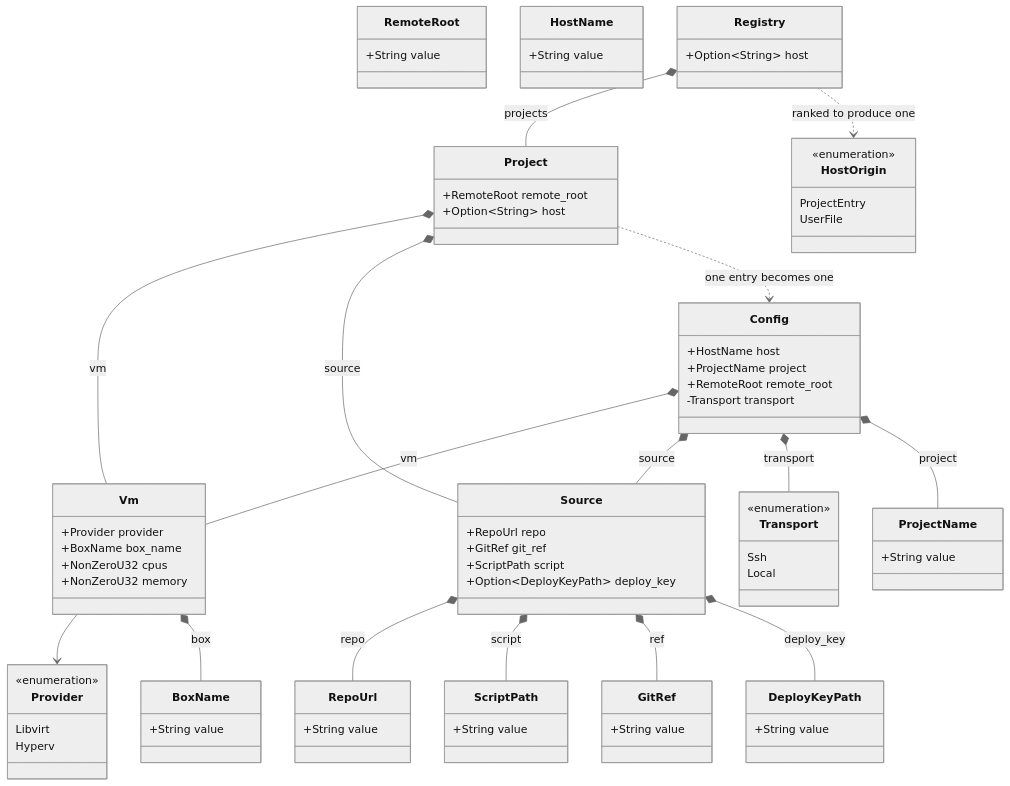
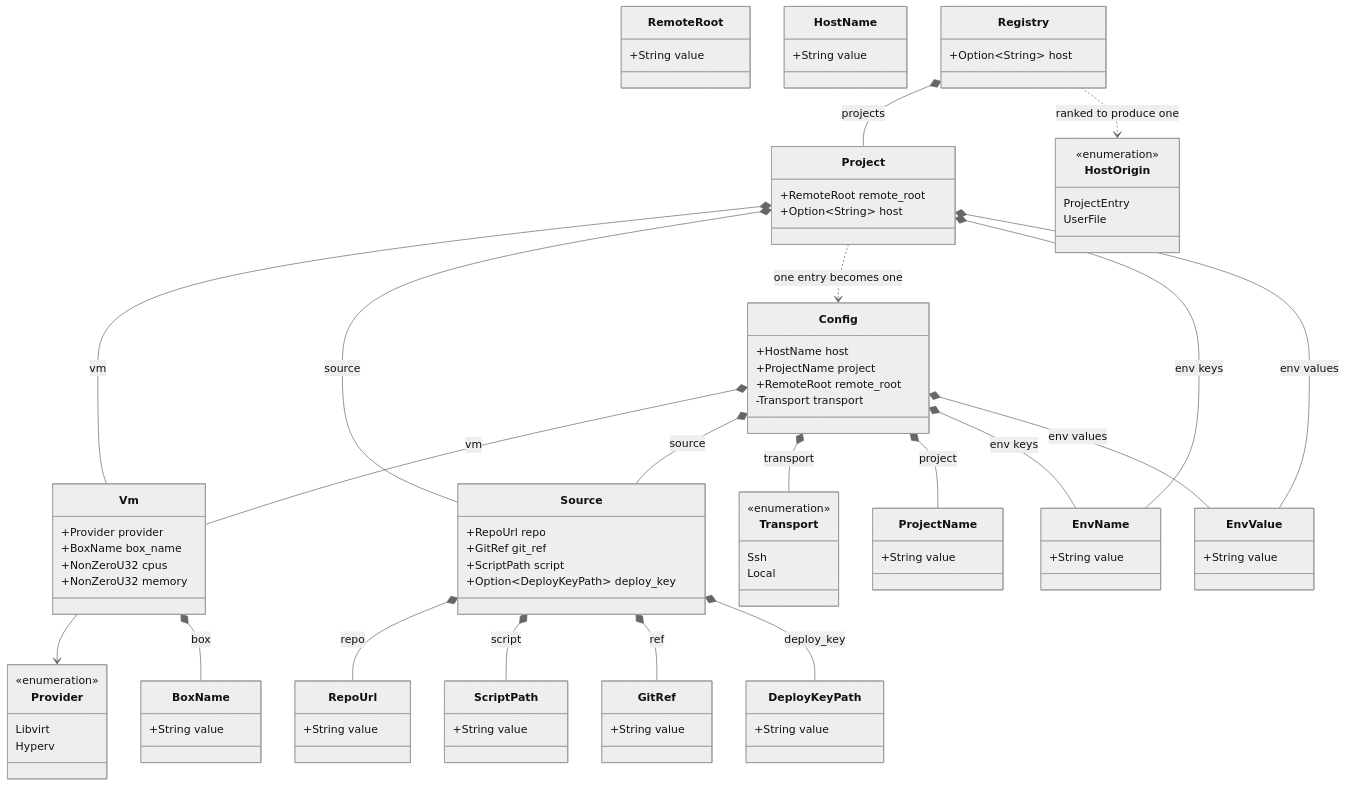
One commit to breki/bombyx changed the third of 6 diagrams in docs/architecture.md. Above: the diagram before and after it, drawn with Mermaid (neutral theme). The commit also changed other lines of this file and 10 other files, not shown here.

````diff
--- a/docs/architecture.md
+++ b/docs/architecture.md
@@ -241,6 +241,12 @@
   class HostName {
     +String value
   }
+  class EnvName {
+    +String value
+  }
+  class EnvValue {
+    +String value
+  }
   class Provider {
     <<enumeration>>
     Libvirt
@@ -278,5 +284,9 @@
   Source *-- DeployKeyPath : deploy_key
   Vm *-- BoxName : box
   Config *-- ProjectName : project
+  Config *-- EnvName : env keys
+  Config *-- EnvValue : env values
+  Project *-- EnvName : env keys
+  Project *-- EnvValue : env values
   Registry ..> HostOrigin : ranked to produce one
 ```
````
